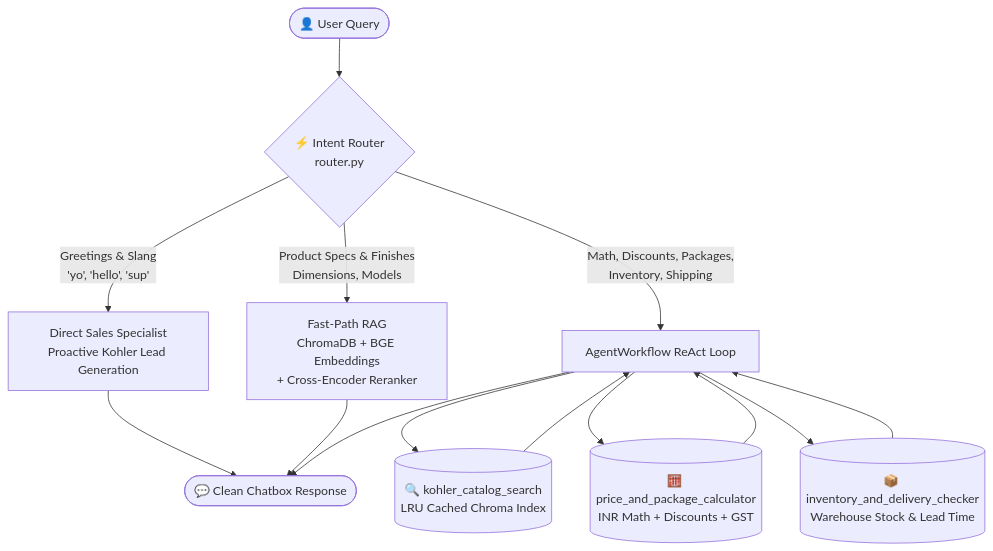
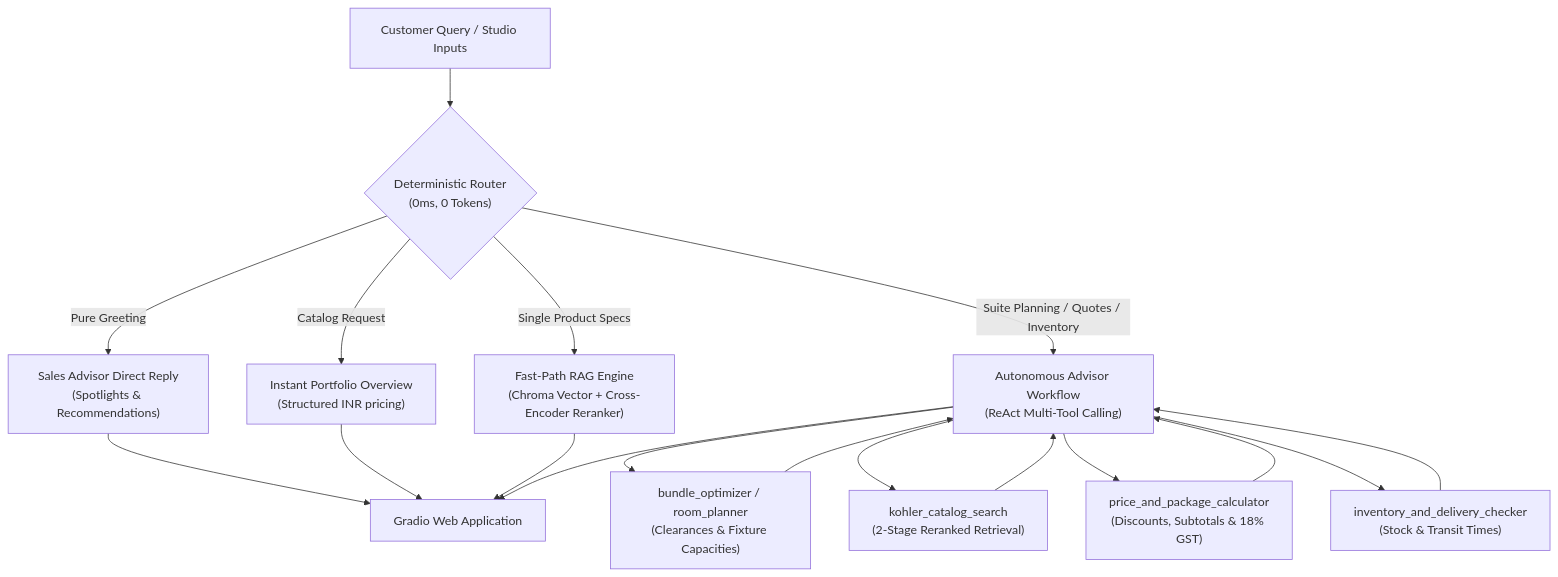
The diagram in README.md (randumb6uy/1262240580_Tushar_Paul), drawn with Mermaid before and after one commit. The commit also changed other lines of this file and 111 other files, not shown here.

Commit message:
feat: complete spatial studio optimizer UI, custom dark scrollbars, deterministic synthesis fallback, and updated mental model

````diff
--- a/README.md
+++ b/README.md
@@ -86,19 +78,23 @@
 ```mermaid
 flowchart TD
-    User([👤 User Query]) --> Router{⚡ Intent Router<br/>router.py}
-    
-    Router -->|Greetings & Slang<br/>'yo', 'hello', 'sup'| Direct[Direct Sales Specialist<br/>Proactive Kohler Lead Generation]
-    Router -->|Product Specs & Finishes<br/>Dimensions, Models| FastPath[Fast-Path RAG<br/>ChromaDB + BGE Embeddings<br/>+ Cross-Encoder Reranker]
-    Router -->|Math, Discounts, Packages,<br/>Inventory, Shipping| Agentic[AgentWorkflow ReAct Loop]
-    
-    Agentic --> Tool1[(🔍 kohler_catalog_search<br/>LRU Cached Chroma Index)]
-    Agentic --> Tool2[(🧮 price_and_package_calculator<br/>INR Math + Discounts + GST)]
-    Agentic --> Tool3[(📦 inventory_and_delivery_checker<br/>Warehouse Stock & Lead Time)]
-    
-    Direct --> Output([💬 Clean Chatbox Response])
-    FastPath --> Output
-    Tool1 --> Agentic
-    Tool2 --> Agentic
-    Tool3 --> Agentic
-    Agentic --> Output
+    User["Customer Query / Studio Inputs"] --> Router{"Deterministic Router<br/>(0ms, 0 Tokens)"}
+
+    Router -->|"Pure Greeting"| DirectGreeting["Sales Advisor Direct Reply<br/>(Spotlights & Recommendations)"]
+    Router -->|"Catalog Request"| CatalogOverview["Instant Portfolio Overview<br/>(Structured INR pricing)"]
+    Router -->|"Single Product Specs"| FastPath["Fast-Path RAG Engine<br/>(Chroma Vector + Cross-Encoder Reranker)"]
+    Router -->|"Suite Planning / Quotes / Inventory"| AgenticWorkflow["Autonomous Advisor Workflow<br/>(ReAct Multi-Tool Calling)"]
+
+    AgenticWorkflow --> Tool1["bundle_optimizer / room_planner<br/>(Clearances & Fixture Capacities)"]
+    AgenticWorkflow --> Tool2["kohler_catalog_search<br/>(2-Stage Reranked Retrieval)"]
+    AgenticWorkflow --> Tool3["price_and_package_calculator<br/>(Discounts, Subtotals & 18% GST)"]
+    AgenticWorkflow --> Tool4["inventory_and_delivery_checker<br/>(Stock & Transit Times)"]
+
+    DirectGreeting --> GradioUI["Gradio Web Application"]
+    CatalogOverview --> GradioUI
+    FastPath --> GradioUI
+    Tool1 --> AgenticWorkflow
+    Tool2 --> AgenticWorkflow
+    Tool3 --> AgenticWorkflow
+    Tool4 --> AgenticWorkflow
+    AgenticWorkflow --> GradioUI
 ```
````
